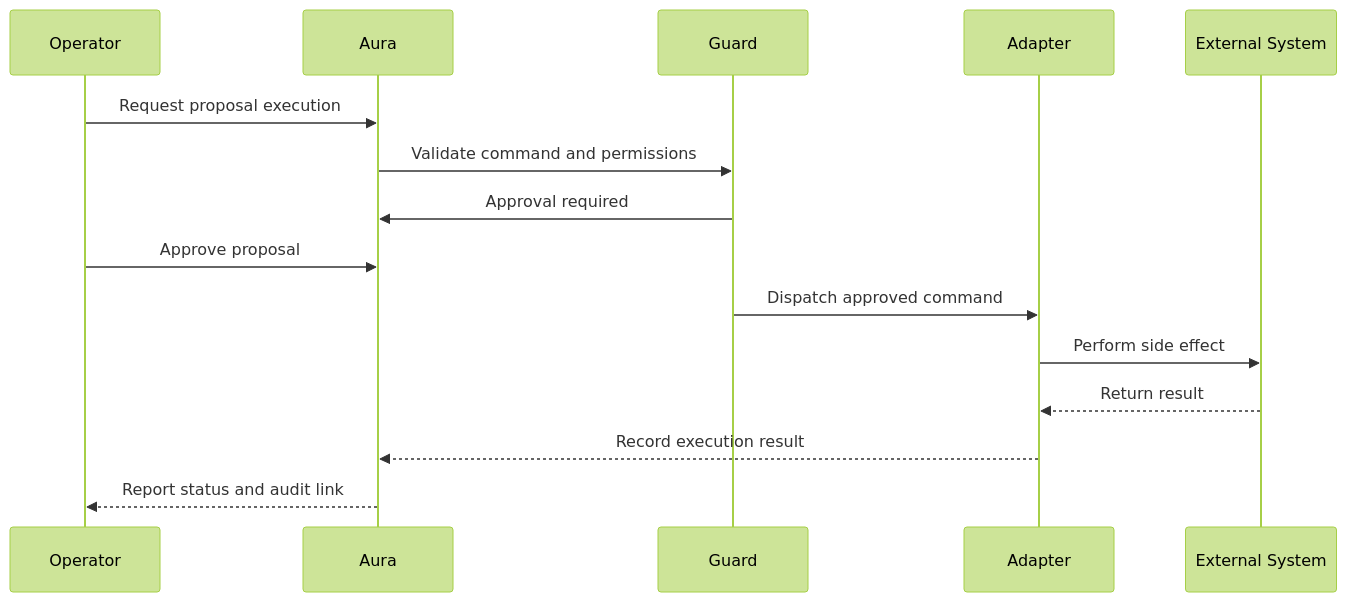
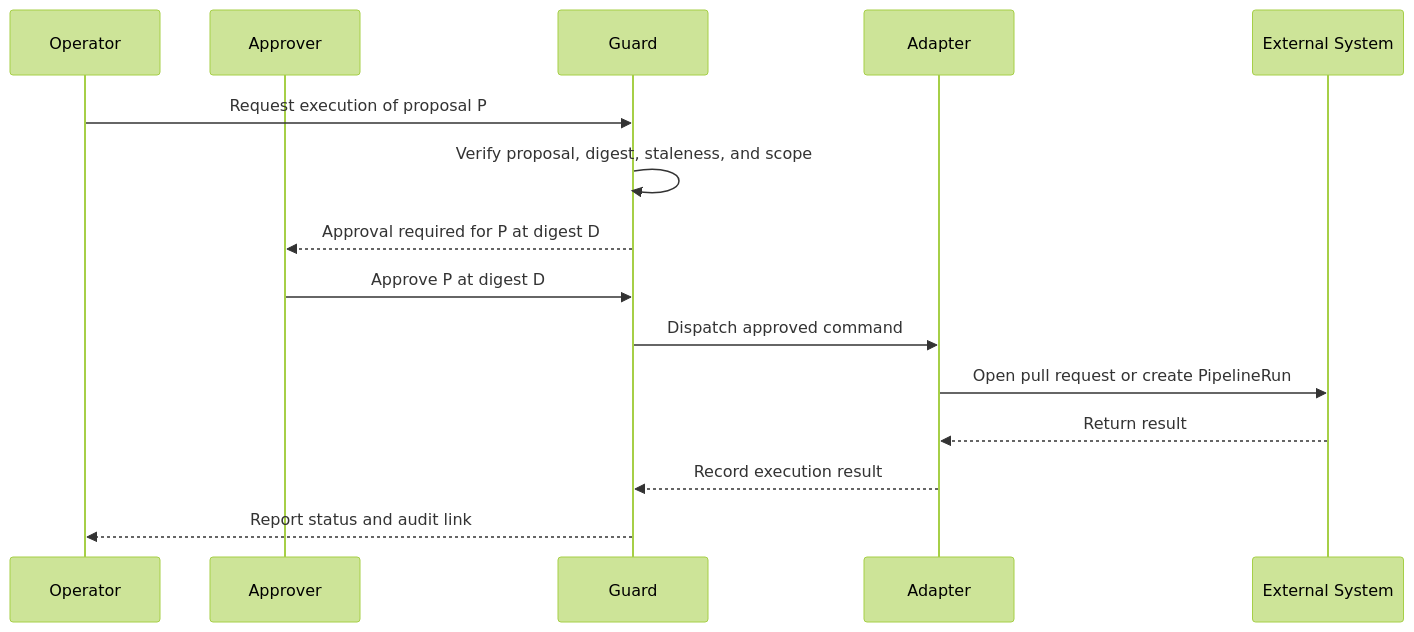
Before and after one commit to redhat-openshift-partner-labs/aura: the first of 2 diagrams in docs/plans/06-phase-3-approved-execution.md, drawn with Mermaid (forest theme). The commit also changed other lines of this file and 8 other files, not shown here.

````diff
--- a/docs/plans/06-phase-3-approved-execution.md
+++ b/docs/plans/06-phase-3-approved-execution.md
@@ -27,18 +40,18 @@
 ```mermaid
 sequenceDiagram
   participant O as Operator
-  participant A as Aura
+  participant A as Approver
   participant G as Guard
   participant X as Adapter
   participant S as External System
 
-  O->>A: Request proposal execution
-  A->>G: Validate command and permissions
-  G->>A: Approval required
-  O->>A: Approve proposal
+  O->>G: Request execution of proposal P
+  G->>G: Verify proposal, digest, staleness, and scope
+  G-->>A: Approval required for P at digest D
+  A->>G: Approve P at digest D
   G->>X: Dispatch approved command
-  X->>S: Perform side effect
+  X->>S: Open pull request or create PipelineRun
   S-->>X: Return result
-  X-->>A: Record execution result
-  A-->>O: Report status and audit link
+  X-->>G: Record execution result
+  G-->>O: Report status and audit link
 ```
````
